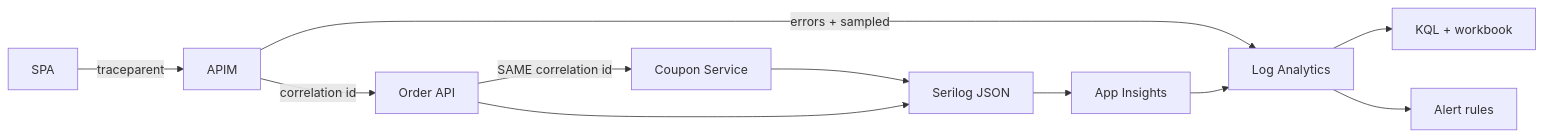
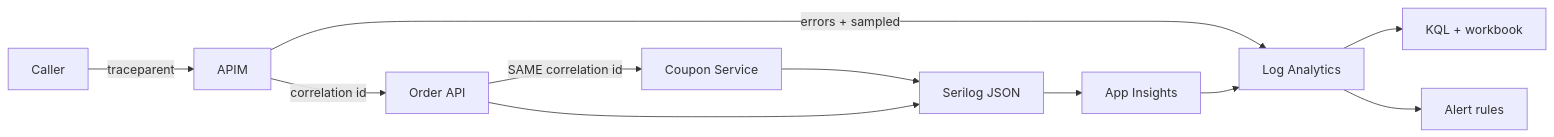
One commit to r4rad/coupon-service changed diagram 20 of 22 in docs/solution-architecture.md. Above: the diagram before and after it, drawn with Mermaid. The commit also changed other lines of this file and 1 other file, not shown here.

First line of the commit message:
Align solution architecture with the as-built system.

````diff
--- a/docs/solution-architecture.md
+++ b/docs/solution-architecture.md
@@ -951,13 +949,13 @@
 ```mermaid
 flowchart LR
-    SPA["SPA"] -->|"traceparent"| APIM["APIM"]
+    SPA["Caller"] -->|"traceparent"| APIM["APIM"]
     APIM -->|"correlation id"| OA["Order API"]
     OA -->|"SAME correlation id"| CS["Coupon Service"]
     CS --> SER["Serilog JSON"]
     OA --> SER
     SER --> AI["App Insights"]
     APIM -->|"errors + sampled"| LA["Log Analytics"]
     AI --> LA
     LA --> KQL["KQL + workbook"]
     LA --> AL["Alert rules"]
 ```
````
